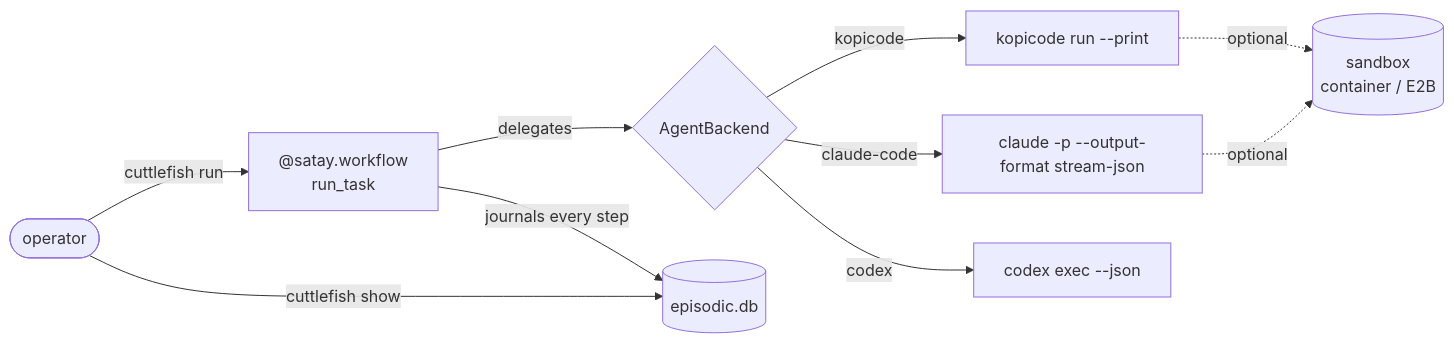
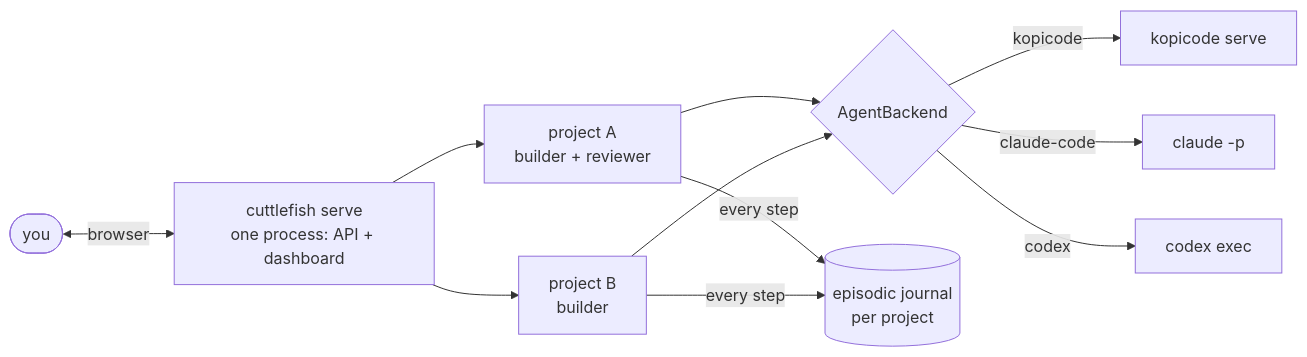
One commit to leejianrong/cuttlefish-crew changed the diagram in README.md. Above: the diagram before and after it, drawn with Mermaid. The commit also changed other lines of this file and 5 other files, not shown here.

````diff
--- a/README.md
+++ b/README.md
@@ -14,12 +22,13 @@
 ```mermaid
 flowchart LR
-    Operator(["operator"]) -->|cuttlefish run| Workflow["@satay.workflow<br/>run_task"]
-    Workflow -->|delegates| Backend{AgentBackend}
-    Backend -->|kopicode| Kopicode["kopicode run --print"]
-    Backend -->|claude-code| Claude["claude -p --output-format stream-json"]
-    Backend -->|codex| Codex["codex exec --json"]
-    Kopicode -.->|optional| Sandbox[("sandbox<br/>container / E2B")]
-    Claude -.->|optional| Sandbox
-    Workflow -->|journals every step| Journal[("episodic.db")]
-    Operator -->|cuttlefish show| Journal
+    You(["you"]) <-->|browser| Daemon["cuttlefish serve<br/>one process: API + dashboard"]
+    Daemon --> A["project A<br/>builder + reviewer"]
+    Daemon --> B["project B<br/>builder"]
+    A --> Backend{AgentBackend}
+    B --> Backend
+    Backend -->|kopicode| K["kopicode serve"]
+    Backend -->|claude-code| C["claude -p"]
+    Backend -->|codex| X["codex exec"]
+    A -->|every step| Journal[("episodic journal<br/>per project")]
+    B -->|every step| Journal
 ```
````
